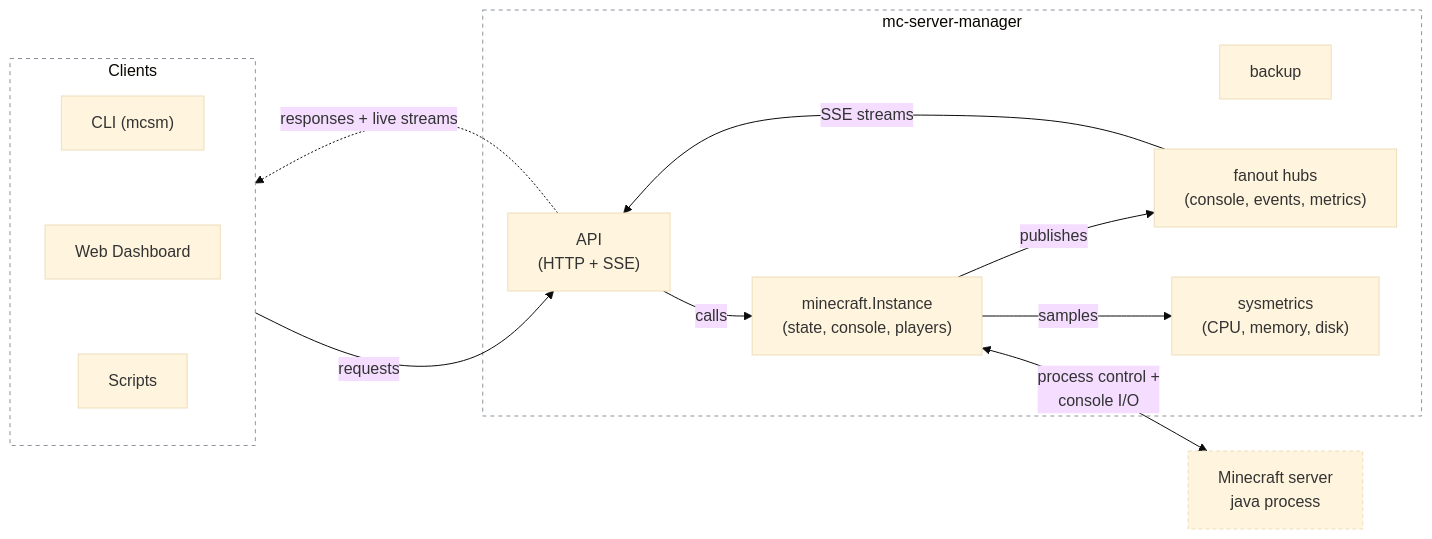
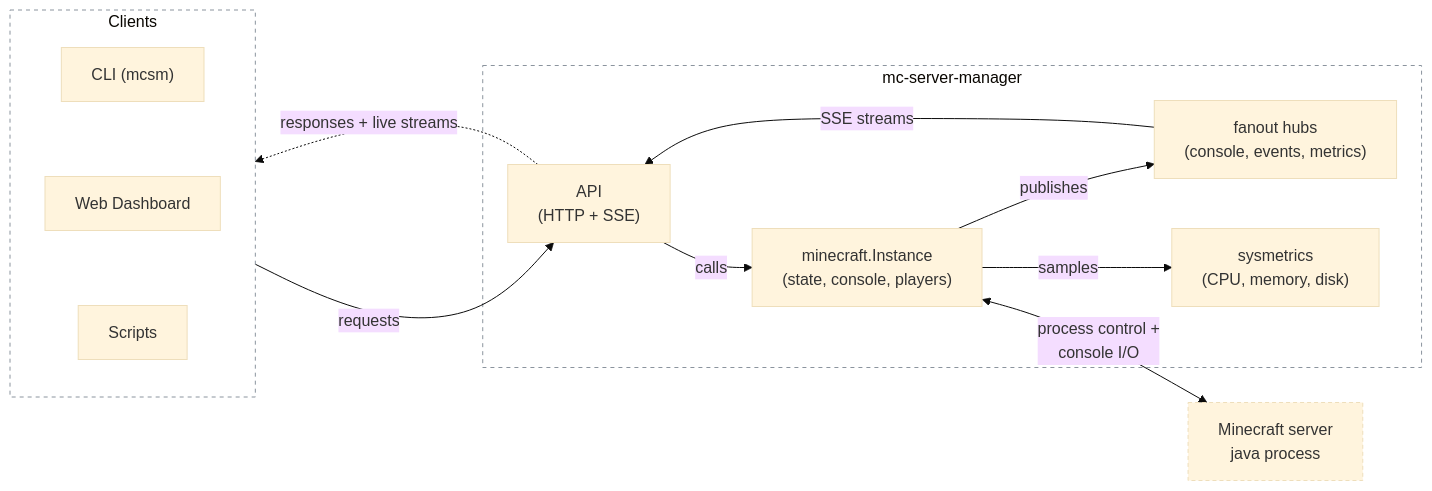
One commit to emiHuy/mc-server-manager changed the first of 2 diagrams in docs/ARCHITECTURE.md. Above: the diagram before and after it, drawn with Mermaid (base theme).

Commit message:
fix: remove backup from flowchart

````diff
--- a/docs/ARCHITECTURE.md
+++ b/docs/ARCHITECTURE.md
@@ -7,37 +7,35 @@
 ```mermaid
 flowchart LR
     subgraph clients["Clients"]
         direction TB
         CLI["CLI (mcsm)"]
         Dash["Web Dashboard"]
         Scripts["Scripts"]
         CLI ~~~ Dash ~~~ Scripts
     end
 
     subgraph manager["mc-server-manager"]
         API["API<br/>(HTTP + SSE)"]
-
-        Backup["backup"]
 
         Inst["minecraft.Instance<br/>(state, console, players)"]
         Hubs["fanout hubs<br/>(console, events, metrics)"]
         Sys["sysmetrics<br/>(CPU, memory, disk)"]
     end
 
 
     Java["Minecraft server<br/>java process"]
 
     clients -->|"requests"| API
     API -.->|"responses + live streams"| clients
     API -->|"calls"| Inst
     Inst <-->|"process control + <br/> console I/O"| Java
     Inst -->|"publishes"| Hubs
     Inst -->|"samples"| Sys
     Hubs -->|"SSE streams"| API
 
     classDef external stroke-dasharray: 4 3
     class Java external
 
     style clients fill:none,stroke:#8b949e,stroke-dasharray: 4 4
     style manager fill:none,stroke:#8b949e,stroke-dasharray: 4 4
 ```
````
